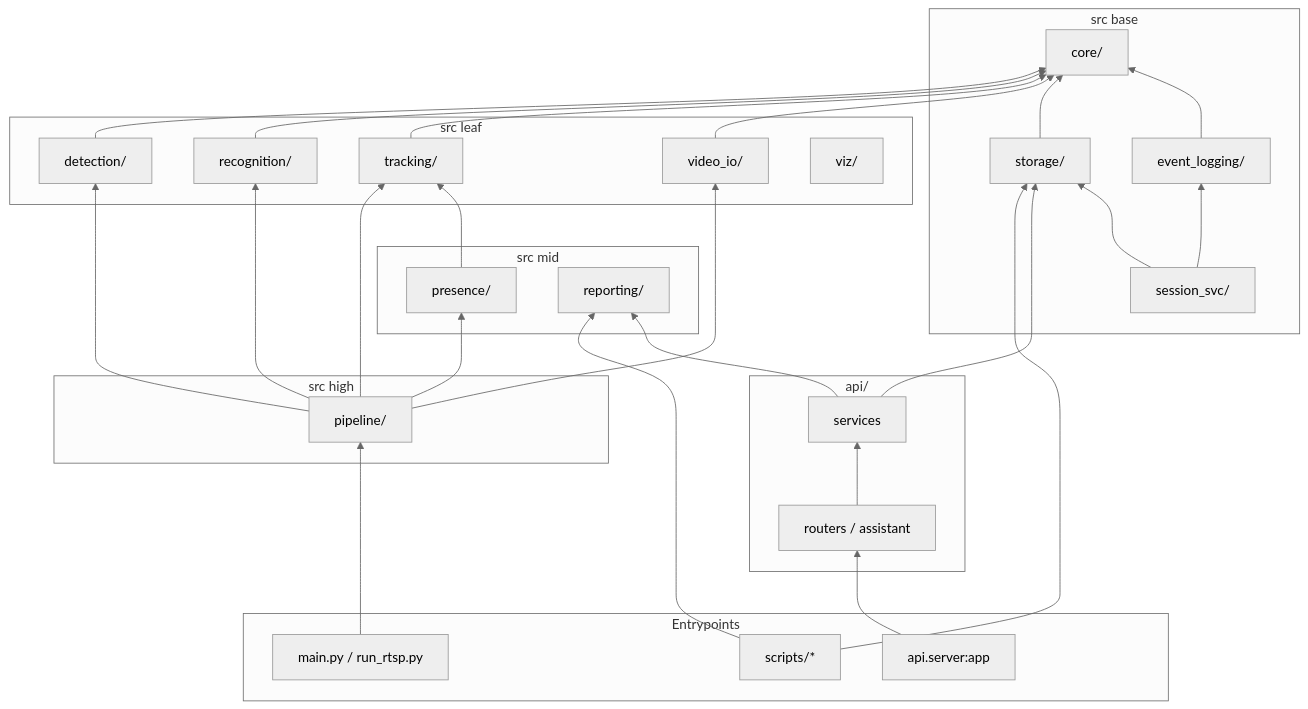
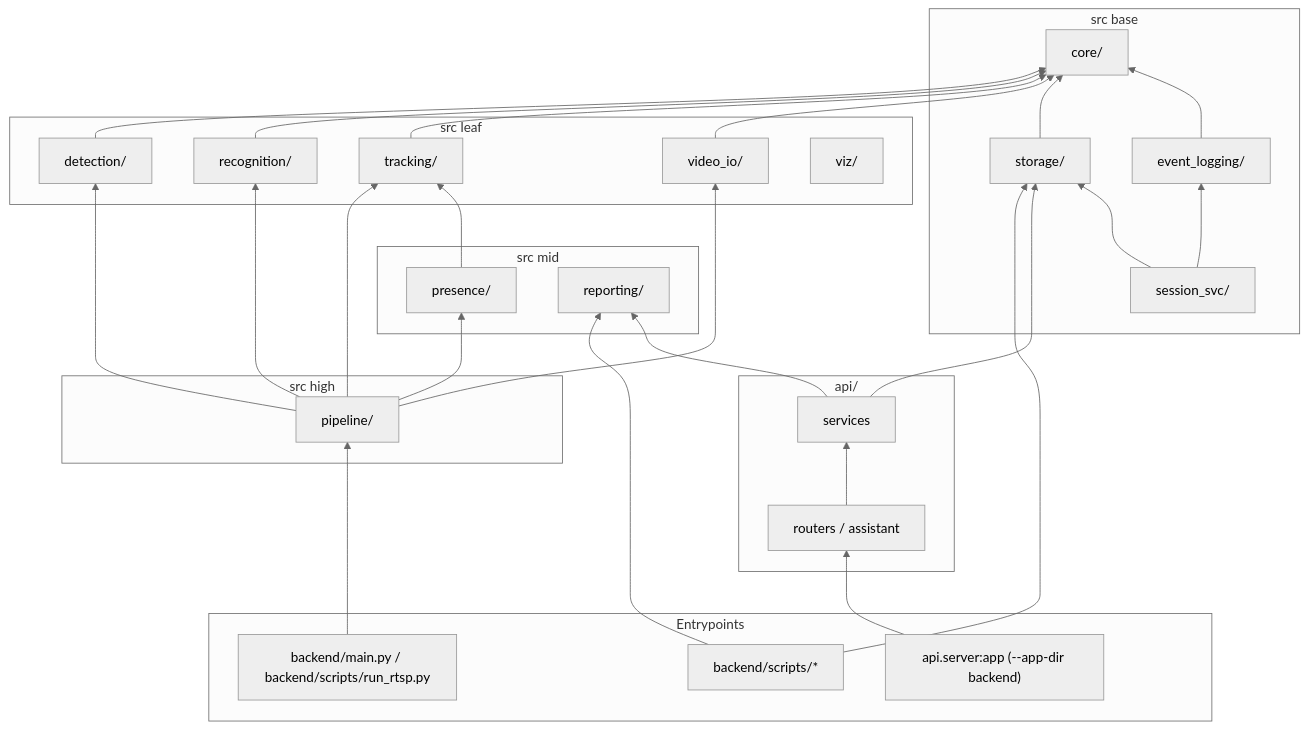
The first of 2 diagrams in docs/ARCHITECTURE.md (Akash-2615/VYRON), drawn with Mermaid (neutral theme) before and after one commit. The commit also changed other lines of this file and 8 other files, not shown here.

````diff
--- a/docs/ARCHITECTURE.md
+++ b/docs/ARCHITECTURE.md
@@ -8,53 +8,53 @@
 ```mermaid
 flowchart BT
   subgraph entry["Entrypoints"]
-    main["main.py / run_rtsp.py"]
-    scripts["scripts/*"]
-    api_entry["api.server:app"]
+    main["backend/main.py / backend/scripts/run_rtsp.py"]
+    scripts["backend/scripts/*"]
+    api_entry["api.server:app (--app-dir backend)"]
   end
   subgraph api_layer["api/"]
     routers["routers / assistant"]
     services["services"]
   end
   subgraph high["src high"]
     pipeline["pipeline/"]
   end
   subgraph mid["src mid"]
     presence["presence/"]
     reporting["reporting/"]
   end
   subgraph leaf["src leaf"]
     detection["detection/"]
     recognition["recognition/"]
     tracking["tracking/"]
     video_io["video_io/"]
     viz["viz/"]
   end
   subgraph base["src base"]
     core["core/"]
     storage["storage/"]
     event_logging["event_logging/"]
     session_svc["session_svc/"]
   end
   main --> pipeline
   scripts --> reporting
   scripts --> storage
   api_entry --> routers
   routers --> services
   services --> storage
   services --> reporting
   pipeline --> presence
   pipeline --> detection
   pipeline --> recognition
   pipeline --> tracking
   pipeline --> video_io
   presence --> tracking
   detection --> core
   recognition --> core
   tracking --> core
   video_io --> core
   storage --> core
   event_logging --> core
   session_svc --> storage
   session_svc --> event_logging
 ```
````
